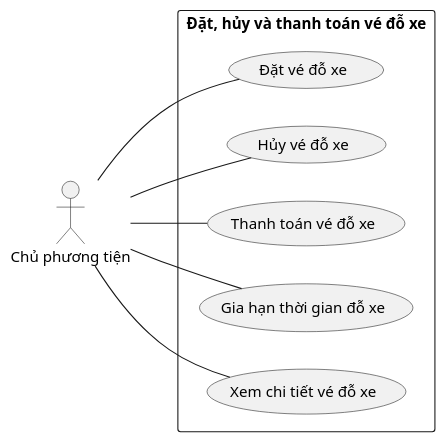
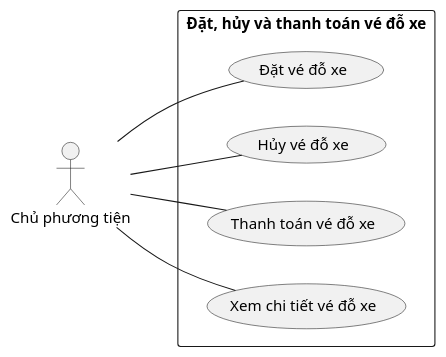
One commit to hieutbui/graduation-diagram changed the diagram in usecase/book_cancel_payment_tickets.wsd. Above: the diagram before and after it, drawn with PlantUML. The commit also changed 10 other files, not shown here.

```diff
--- a/usecase/book_cancel_payment_tickets.wsd
+++ b/usecase/book_cancel_payment_tickets.wsd
@@ -1,17 +1,16 @@
 @startuml book_cancel_payment_tickets
 
 left to right direction
 skinparam packageStyle rect
 
 actor "Chủ phương tiện" as VehicleOwner
 
 rectangle "Đặt, hủy và thanh toán vé đỗ xe" as BookCancelPaymentTickets {
   'VehicleOwner'
     VehicleOwner -- (Đặt vé đỗ xe)
     VehicleOwner -- (Hủy vé đỗ xe)
     VehicleOwner -- (Thanh toán vé đỗ xe)
-    VehicleOwner -- (Gia hạn thời gian đỗ xe)
     VehicleOwner -- (Xem chi tiết vé đỗ xe)
 }
 
 @enduml
```
